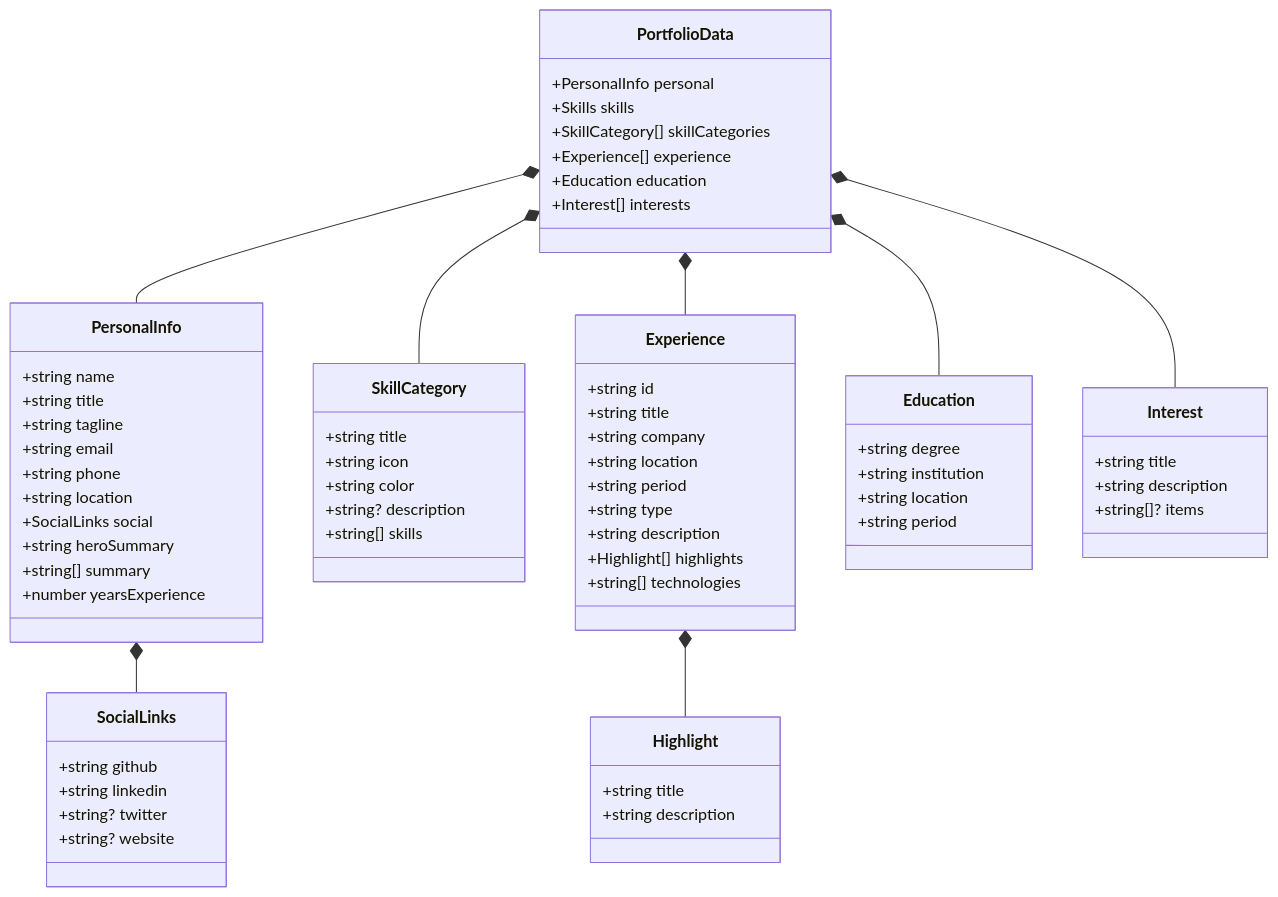
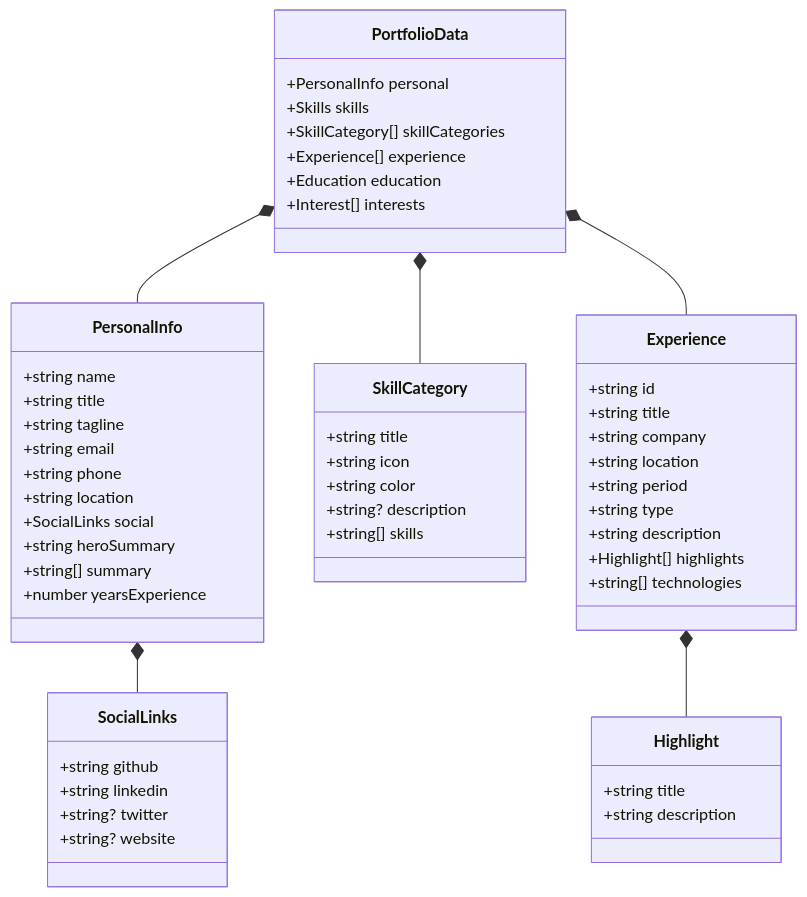
One commit to nilushan/profile-astro changed the third of 10 diagrams in src/content/blog/mermaid-diagrams-software-development.mdx. Above: the diagram before and after it, drawn with Mermaid. The commit also changed other lines of this file and 1 other file, not shown here.

````diff
--- a/src/content/blog/mermaid-diagrams-software-development.mdx
+++ b/src/content/blog/mermaid-diagrams-software-development.mdx
@@ -120,77 +120,62 @@
 ```mermaid
 classDiagram
     class PortfolioData {
         +PersonalInfo personal
         +Skills skills
         +SkillCategory[] skillCategories
         +Experience[] experience
         +Education education
         +Interest[] interests
     }
 
     class PersonalInfo {
         +string name
         +string title
         +string tagline
         +string email
         +string phone
         +string location
         +SocialLinks social
         +string heroSummary
         +string[] summary
         +number yearsExperience
     }
 
     class SocialLinks {
         +string github
         +string linkedin
         +string? twitter
         +string? website
     }
 
     class SkillCategory {
         +string title
         +string icon
         +string color
         +string? description
         +string[] skills
     }
 
     class Experience {
         +string id
         +string title
         +string company
         +string location
         +string period
         +string type
         +string description
         +Highlight[] highlights
         +string[] technologies
     }
 
     class Highlight {
         +string title
         +string description
     }
 
-    class Education {
-        +string degree
-        +string institution
-        +string location
-        +string period
-    }
-
-    class Interest {
-        +string title
-        +string description
-        +string[]? items
-    }
-
     PortfolioData *-- PersonalInfo
     PortfolioData *-- SkillCategory
     PortfolioData *-- Experience
-    PortfolioData *-- Education
-    PortfolioData *-- Interest
     PersonalInfo *-- SocialLinks
     Experience *-- Highlight
 ```
````
